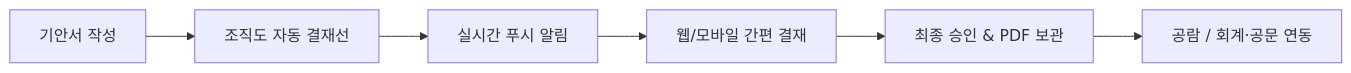
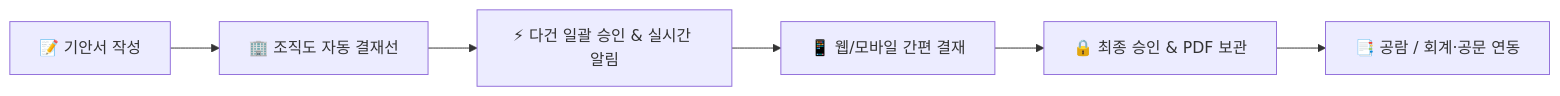
One commit to nc2U/ibs changed the first of 3 diagrams in app/vue/docs/approval/index.md. Above: the diagram before and after it, drawn with Mermaid. The commit also changed other lines of this file and 9 other files, not shown here.

````diff
--- a/app/vue/docs/approval/index.md
+++ b/app/vue/docs/approval/index.md
@@ -7,8 +7,8 @@
 ```mermaid
 flowchart LR
-    A[기안서 작성] --> B[조직도 자동 결재선]
-    B --> C[실시간 푸시 알림]
-    C --> D[웹/모바일 간편 결재]
-    D --> E[최종 승인 & PDF 보관]
-    E --> F[공람 / 회계·공문 연동]
+    A["📝 기안서 작성"] --> B["🏢 조직도 자동 결재선"]
+    B --> C["⚡ 다건 일괄 승인 & 실시간 알림"]
+    C --> D["📱 웹/모바일 간편 결재"]
+    D --> E["🔒 최종 승인 & PDF 보관"]
+    E --> F["📑 공람 / 회계·공문 연동"]
 ```
````
